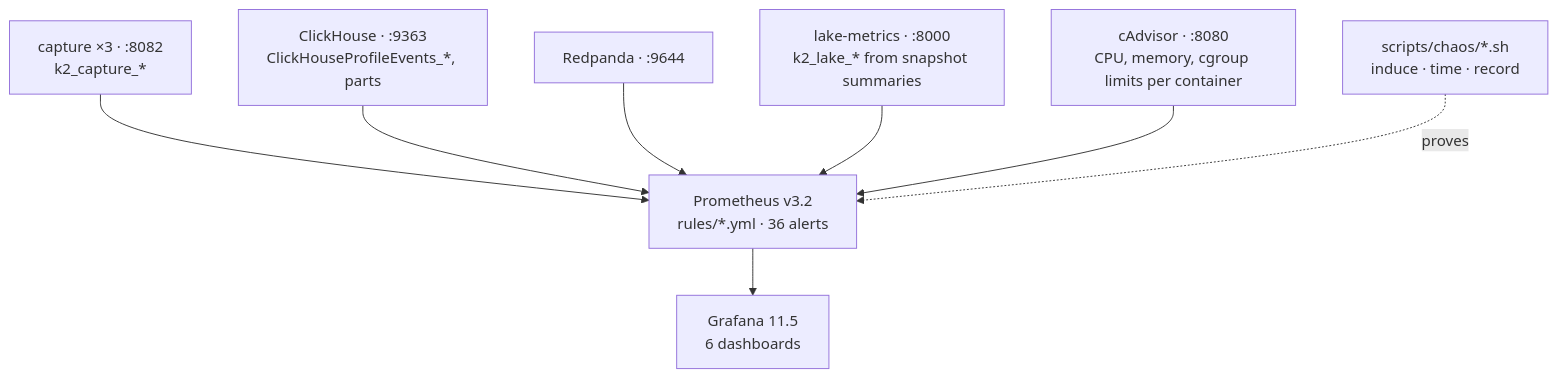
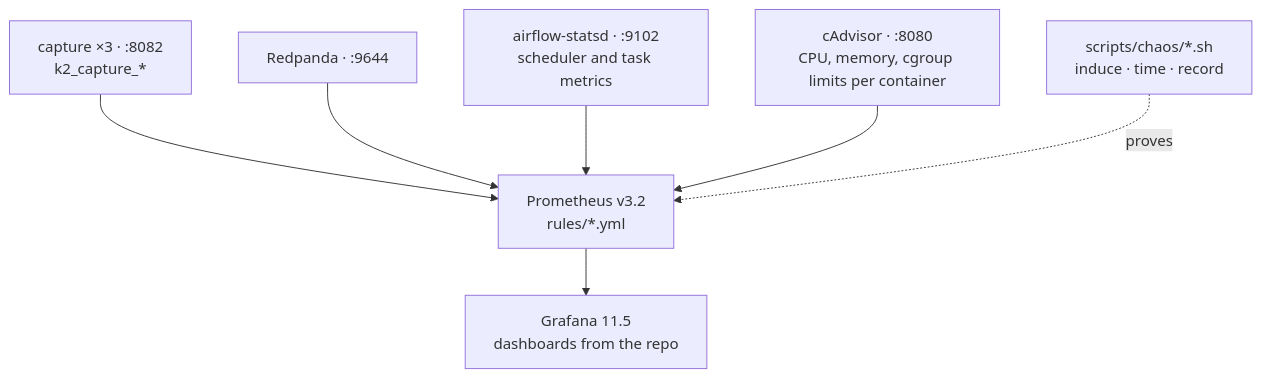
The diagram in docs/architecture/11-observability.md (rjdscott/k2-market-data-platform), drawn with Mermaid before and after one commit. The commit also changed other lines of this file and 24 other files, not shown here.

First line of the commit message:
docs(architecture): the book after the v3 lake ingest retires (W6)

````diff
--- a/docs/architecture/11-observability.md
+++ b/docs/architecture/11-observability.md
@@ -54,13 +65,12 @@
 ```mermaid
 flowchart TB
   C["capture ×3 · :8082<br/>k2_capture_*"]
-  H["ClickHouse · :9363<br/>ClickHouseProfileEvents_*, parts"]
   R["Redpanda · :9644"]
-  L["lake-metrics · :8000<br/>k2_lake_* from snapshot summaries"]
+  S["airflow-statsd · :9102<br/>scheduler and task metrics"]
   A["cAdvisor · :8080<br/>CPU, memory, cgroup limits per container"]
-  P["Prometheus v3.2<br/>rules/*.yml · 36 alerts"]
-  G["Grafana 11.5<br/>6 dashboards"]
+  P["Prometheus v3.2<br/>rules/*.yml"]
+  G["Grafana 11.5<br/>dashboards from the repo"]
   X["scripts/chaos/*.sh<br/>induce · time · record"]
-  C & H & R & L & A --> P --> G
+  C & R & S & A --> P --> G
   X -.->|"proves"| P
 ```
````
